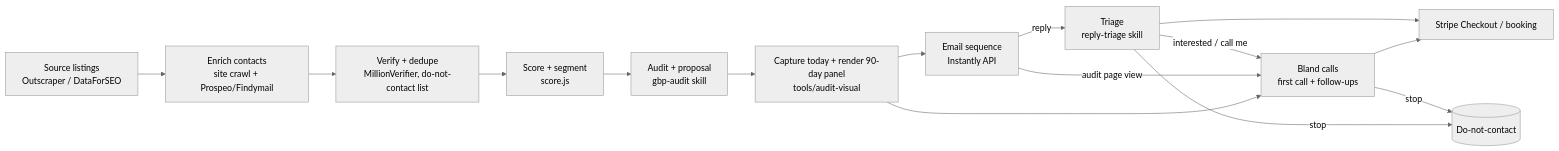
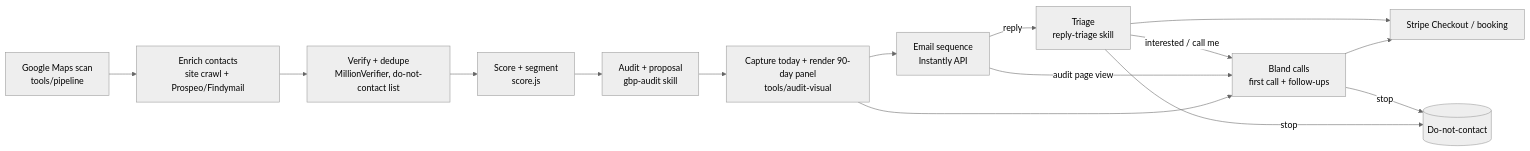
The diagram in docs/04-outbound-engine.md (Jturlais46/NeoSEO), drawn with Mermaid (neutral theme) before and after one commit. The commit also changed other lines of this file and 34 other files, not shown here.

````diff
--- a/docs/04-outbound-engine.md
+++ b/docs/04-outbound-engine.md
@@ -5,17 +5,17 @@
 ```mermaid
 flowchart LR
-  A[Source listings<br/>Outscraper / DataForSEO] --> B[Enrich contacts<br/>site crawl + Prospeo/Findymail]
+  A[Google Maps scan<br/>tools/pipeline] --> B[Enrich contacts<br/>site crawl + Prospeo/Findymail]
   B --> C[Verify + dedupe<br/>MillionVerifier, do-not-contact list]
   C --> D[Score + segment<br/>score.js]
   D --> E[Audit + proposal<br/>gbp-audit skill]
   E --> F[Capture today + render 90-day panel<br/>tools/audit-visual]
   F --> G[Email sequence<br/>Instantly API]
   F --> V[Bland calls<br/>first call + follow-ups]
   G -->|reply| H[Triage<br/>reply-triage skill]
   G -->|audit page view| V
   H -->|interested / call me| V
   V --> K[Stripe Checkout / booking]
   H --> K
   H -->|stop| S[(Do-not-contact)]
   V -->|stop| S
 ```
````
